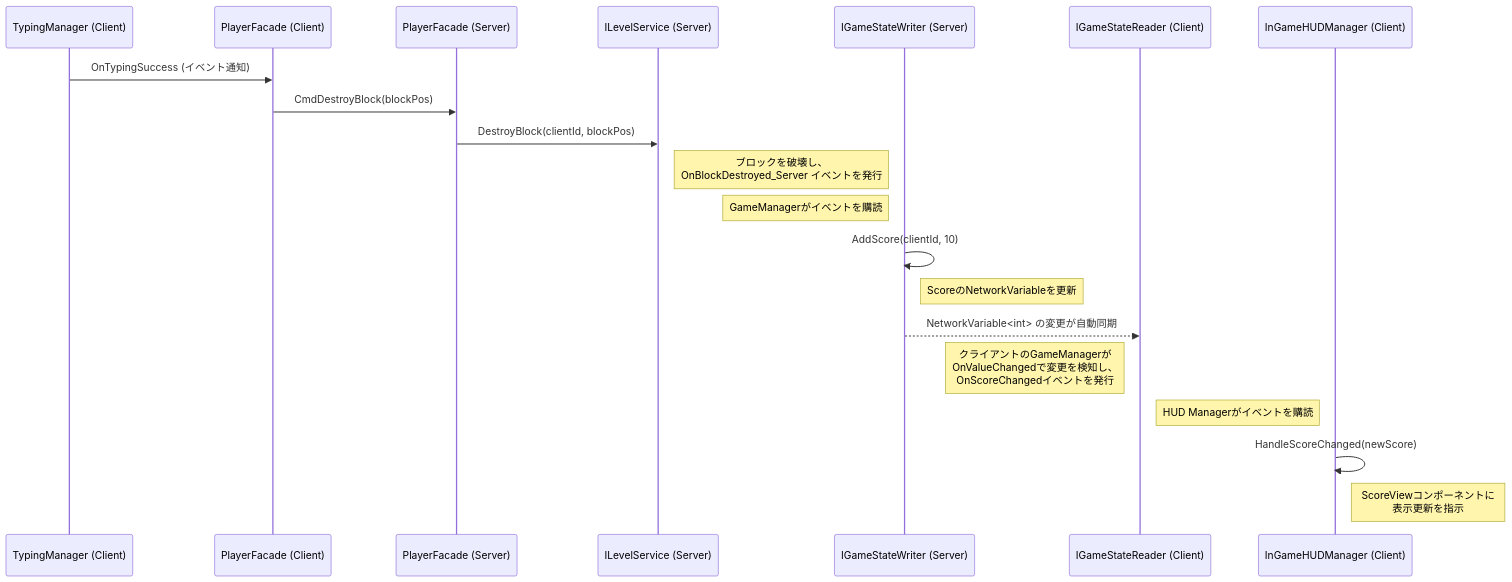
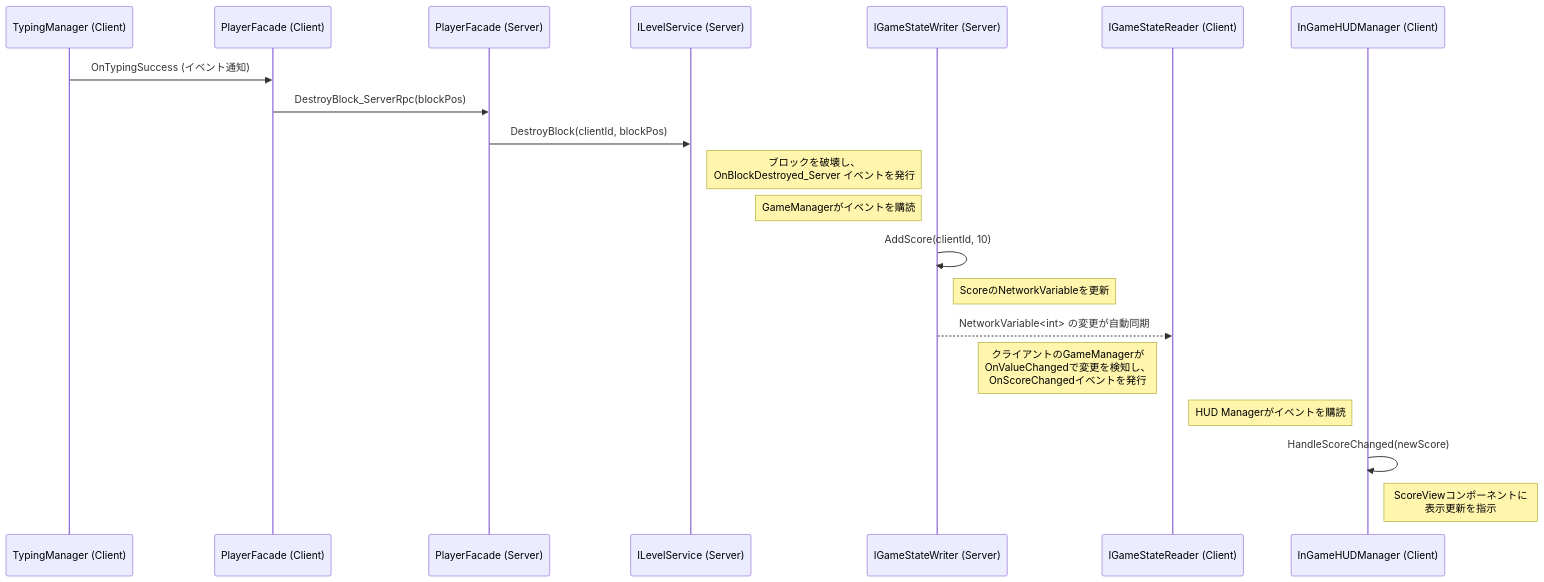
Before and after one commit to C4P3/TypingSurvivor: the second of 3 diagrams in Assets/_Project/Data-Flow.md, drawn with Mermaid. The commit also changed other lines of this file and 11 other files, not shown here.

````diff
--- a/Assets/_Project/Data-Flow.md
+++ b/Assets/_Project/Data-Flow.md
@@ -36,27 +36,27 @@
 ```mermaid
 sequenceDiagram  
     participant C_Typing as TypingManager (Client)  
     participant C_Facade as PlayerFacade (Client)  
     participant S_Facade as PlayerFacade (Server)  
     participant S_Level as ILevelService (Server)  
     participant S_Game as IGameStateWriter (Server)  
     participant C_Game as IGameStateReader (Client)  
     participant C_UI as InGameHUDManager (Client)
 
     C_Typing->>C_Facade: OnTypingSuccess (イベント通知)  
-    C_Facade->>S_Facade: CmdDestroyBlock(blockPos)  
+    C_Facade->>S_Facade: DestroyBlock_ServerRpc(blockPos)  
       
     S_Facade->>S_Level: DestroyBlock(clientId, blockPos)  
     note right of S_Level: ブロックを破壊し、<br>OnBlockDestroyed_Server イベントを発行
 
     note left of S_Game: GameManagerがイベントを購読  
     S_Game->>S_Game: AddScore(clientId, 10)  
     note right of S_Game: ScoreのNetworkVariableを更新  
       
     S_Game-->>C_Game: NetworkVariable<int> の変更が自動同期  
     note left of C_Game: クライアントのGameManagerが<br>OnValueChangedで変更を検知し、<br>OnScoreChangedイベントを発行
 
     note left of C_UI: HUD Managerがイベントを購読  
     C_UI->>C_UI: HandleScoreChanged(newScore)  
     note right of C_UI: ScoreViewコンポーネントに<br>表示更新を指示
 ```
````
